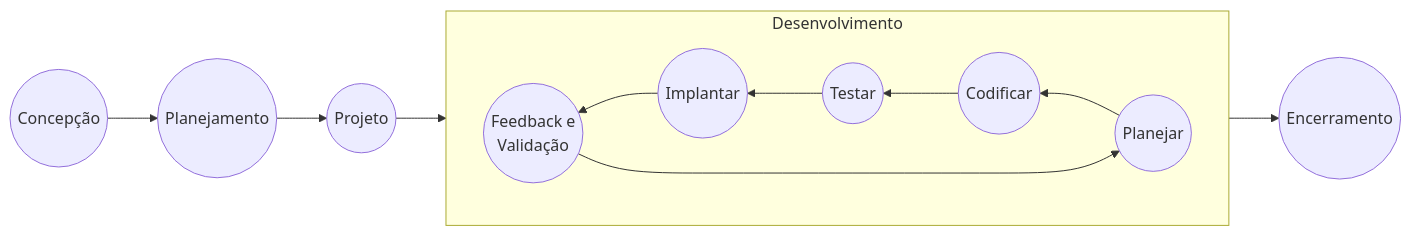
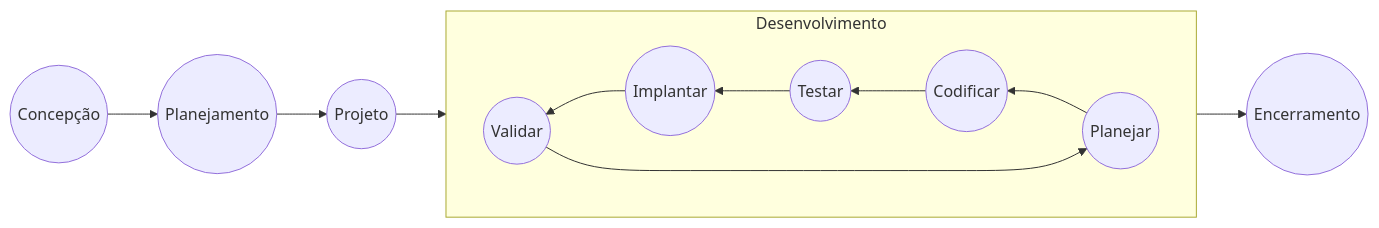
The diagram in README.md (mambee-ifpi-picos/processo-desenvolvimento-software-mambee), drawn with Mermaid before and after one commit.

````diff
--- a/README.md
+++ b/README.md
@@ -77,15 +77,15 @@
 ```mermaid
 flowchart LR
     A((Concepção)) --> B((Planejamento))
     B --> C((Projeto))
     subgraph Desenvolvimento
      direction RL
      D((Planejar)) --> E((Codificar))
      E --> F((Testar))
      F --> G((Implantar))
-     G --> H((Feedback e \n Validação))
+     G --> H((Validar))
      H --> D
     end
     C --> Desenvolvimento
     Desenvolvimento --> I((Encerramento))
 ```
````
